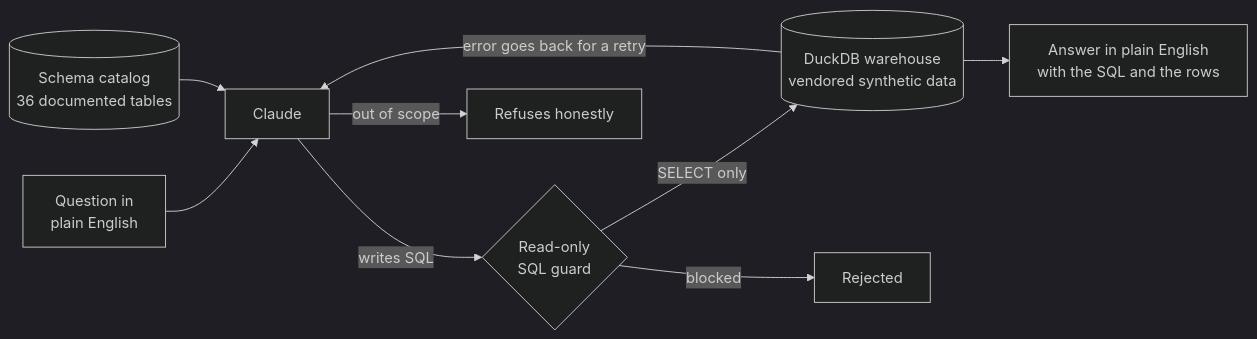
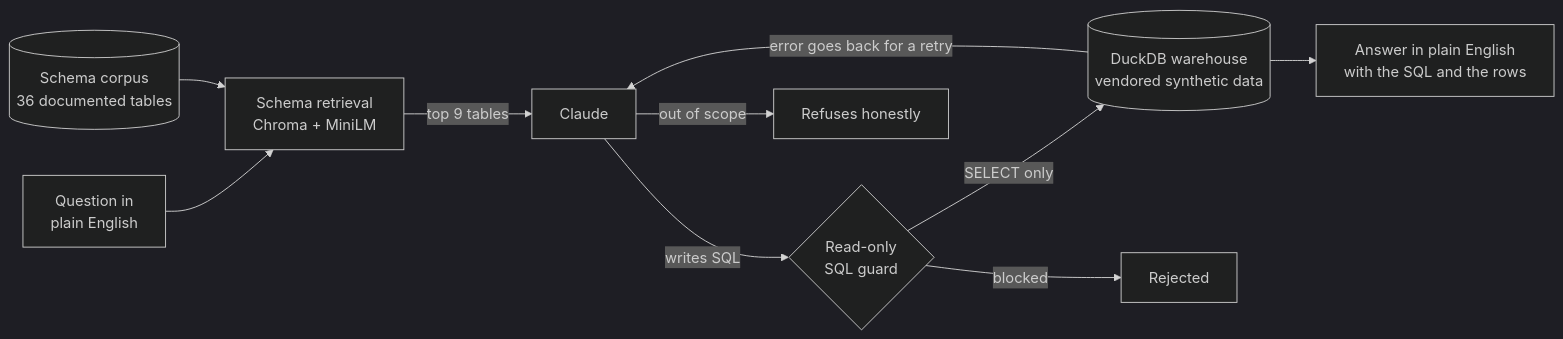
One commit to KushPatel29/ask-your-data changed the diagram in README.md. Above: the diagram before and after it, drawn with Mermaid (dark theme). The commit also changed other lines of this file and 7 other files, not shown here.

Commit message:
Add measured schema retrieval to the assistant

````diff
--- a/README.md
+++ b/README.md
@@ -94,11 +94,12 @@
 ```mermaid
 flowchart LR
-    Q[Question in<br/>plain English] --> A[Claude]
-    C[(Schema catalog<br/>36 documented tables)] --> A
+    Q[Question in<br/>plain English] --> SR[Schema retrieval<br/>Chroma + MiniLM]
+    C[(Schema corpus<br/>36 documented tables)] --> SR
+    SR -->|top 9 tables| A[Claude]
     A -->|"writes SQL"| G{Read-only<br/>SQL guard}
     A -->|"out of scope"| R[Refuses honestly]
     G -->|"SELECT only"| W[(DuckDB warehouse<br/>vendored synthetic data)]
     G -->|"blocked"| X[Rejected]
     W -->|"error goes back for a retry"| A
     W --> S[Answer in plain English<br/>with the SQL and the rows]
 ```
````
